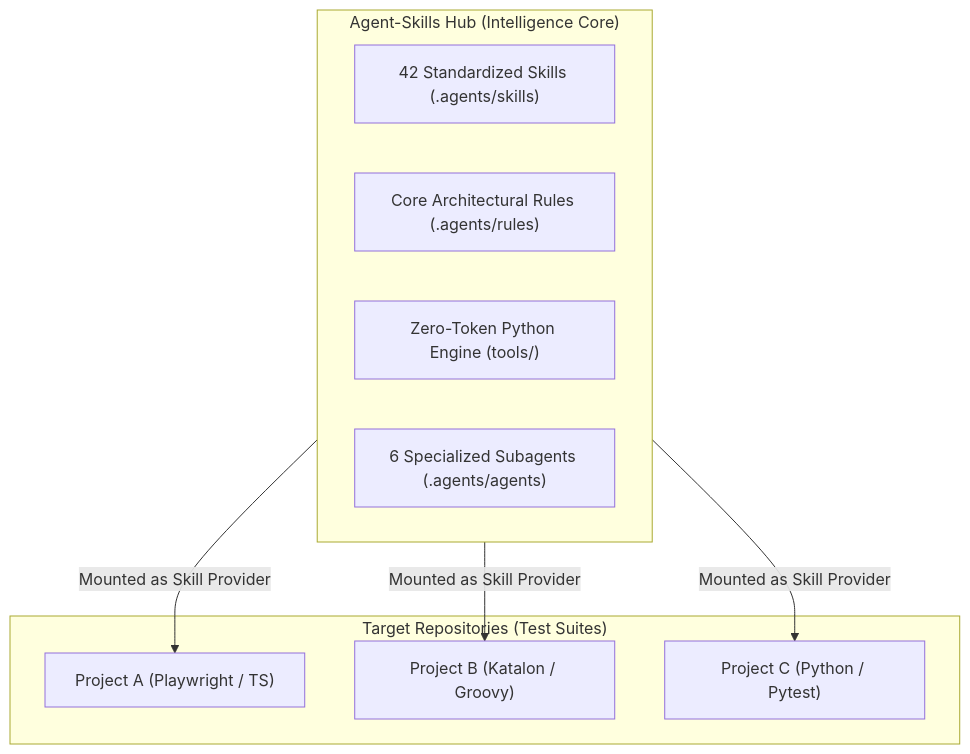
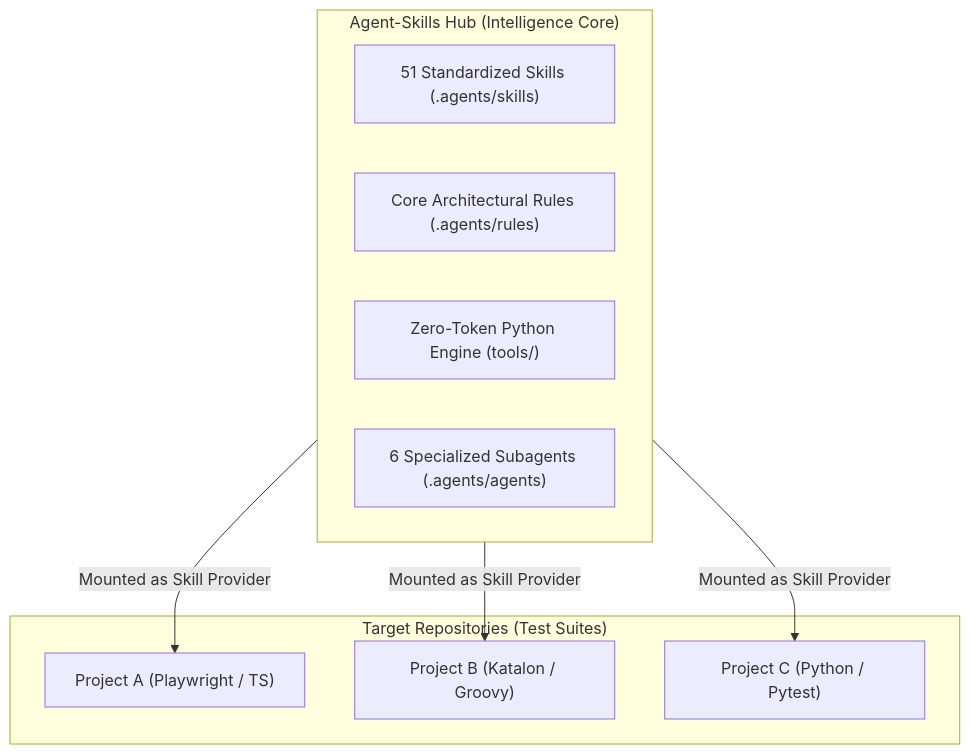
Before and after one commit to TeeVee98/Synapse-Hub: the first of 3 diagrams in docs/ARCHITECTURE.md, drawn with Mermaid. The commit also changed other lines of this file and 85 other files, not shown here.

Commit message:
chore(release): bump version to v2.7.0 with comprehensive audit, 51 skills, and architecture upgrades

````diff
--- a/docs/ARCHITECTURE.md
+++ b/docs/ARCHITECTURE.md
@@ -12,19 +12,19 @@
 ```mermaid
 flowchart TD
     subgraph Hub["Agent-Skills Hub (Intelligence Core)"]
-        Catalog["42 Standardized Skills (.agents/skills)"]
+        Catalog["51 Standardized Skills (.agents/skills)"]
         Rules["Core Architectural Rules (.agents/rules)"]
         Tools["Zero-Token Python Engine (tools/)"]
         Swarm["6 Specialized Subagents (.agents/agents)"]
     end
 
     subgraph Spokes["Target Repositories (Test Suites)"]
         Repo1["Project A (Playwright / TS)"]
         Repo2["Project B (Katalon / Groovy)"]
         Repo3["Project C (Python / Pytest)"]
     end
 
     Hub -->|Mounted as Skill Provider| Repo1
     Hub -->|Mounted as Skill Provider| Repo2
     Hub -->|Mounted as Skill Provider| Repo3
 ```
````
